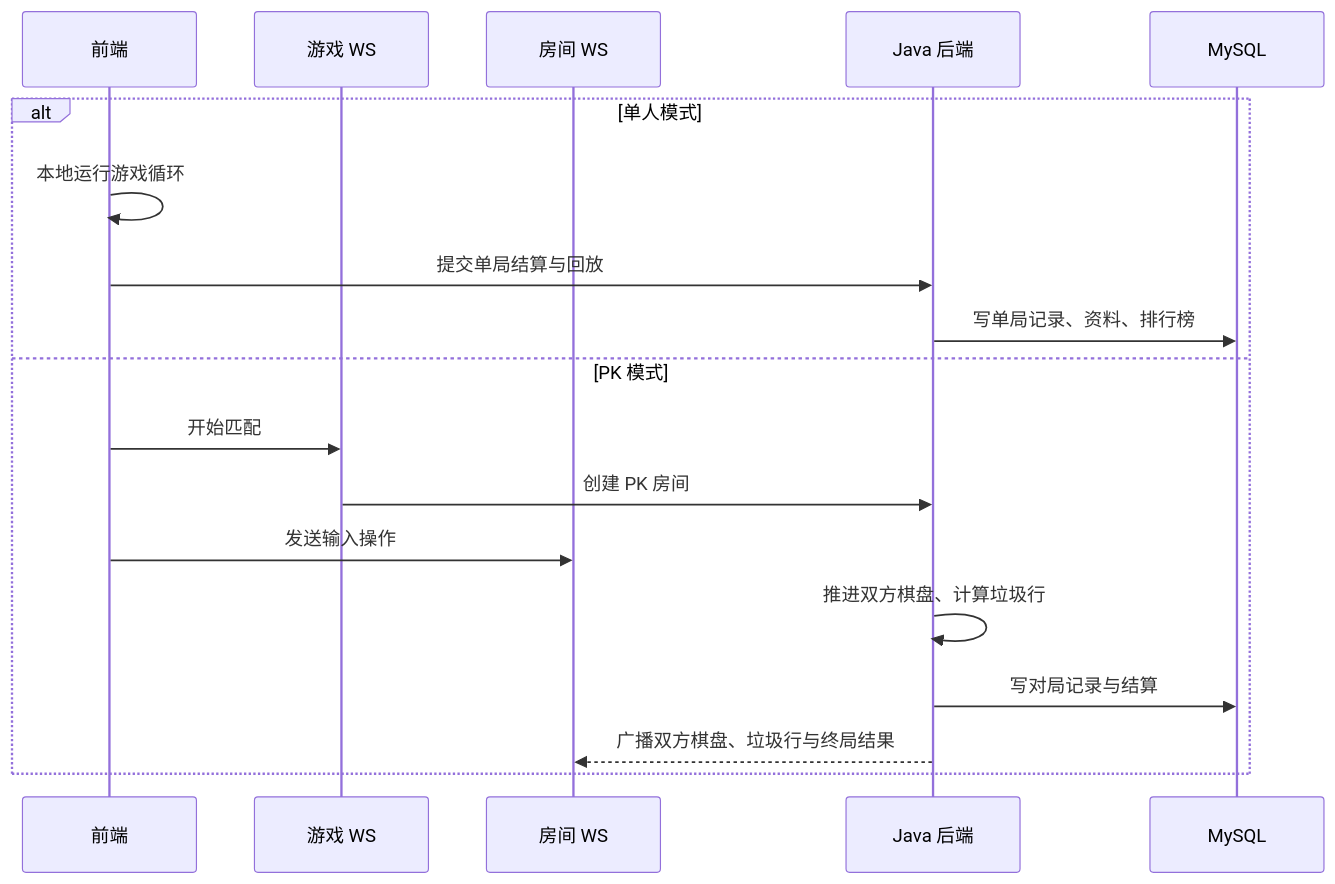
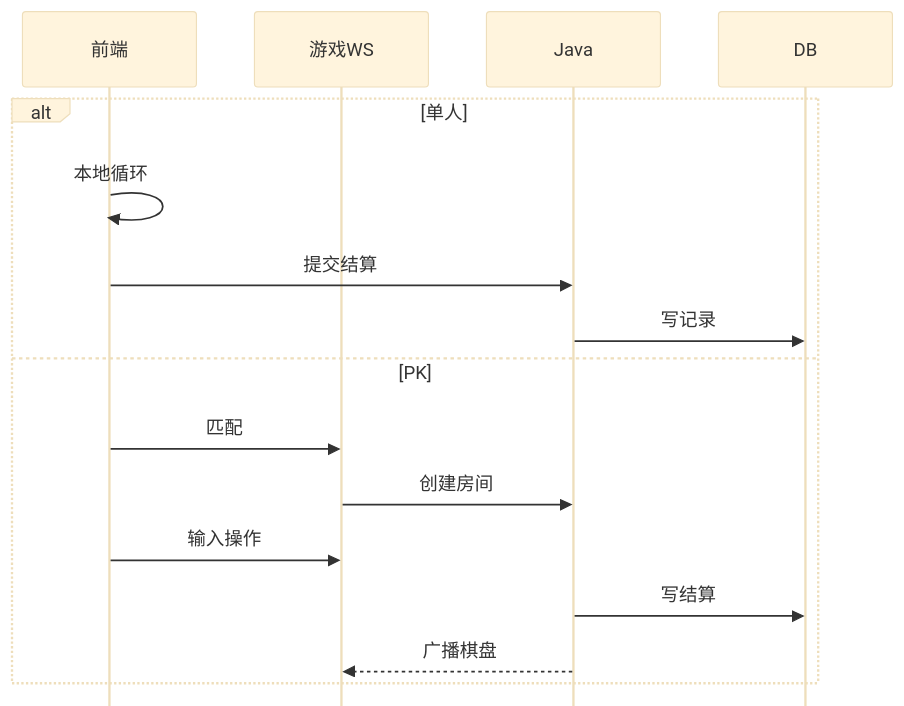
Before and after one commit to pluchon/mengmeng_forum: the fifth of 22 diagrams in README.md, drawn with Mermaid. The commit also changed other lines of this file and 2 other files, not shown here.

````diff
--- a/README.md
+++ b/README.md
@@ -399,21 +268,20 @@
 ```mermaid
+%%{init: {'theme':'base', 'sequence': {'mirrorActors': false, 'actorFontSize': 11}}}%%
 sequenceDiagram
   participant FE as 前端
-  participant Game as 游戏 WS
-  participant Room as 房间 WS
-  participant J as Java 后端
-  participant DB as MySQL
+  participant Game as 游戏WS
+  participant J as Java
+  participant DB as DB
 
-  alt 单人模式
-    FE->>FE: 本地运行游戏循环
-    FE->>J: 提交单局结算与回放
-    J->>DB: 写单局记录、资料、排行榜
-  else PK 模式
-    FE->>Game: 开始匹配
-    Game->>J: 创建 PK 房间
-    FE->>Room: 发送输入操作
-    J->>J: 推进双方棋盘、计算垃圾行
-    J->>DB: 写对局记录与结算
-    J-->>Room: 广播双方棋盘、垃圾行与终局结果
+  alt 单人
+    FE->>FE: 本地循环
+    FE->>J: 提交结算
+    J->>DB: 写记录
+  else PK
+    FE->>Game: 匹配
+    Game->>J: 创建房间
+    FE->>Game: 输入操作
+    J->>DB: 写结算
+    J-->>Game: 广播棋盘
   end
 ```
````
